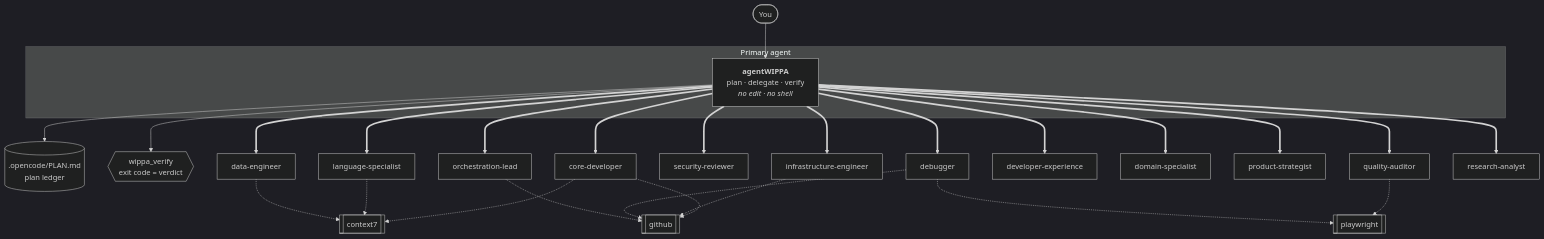
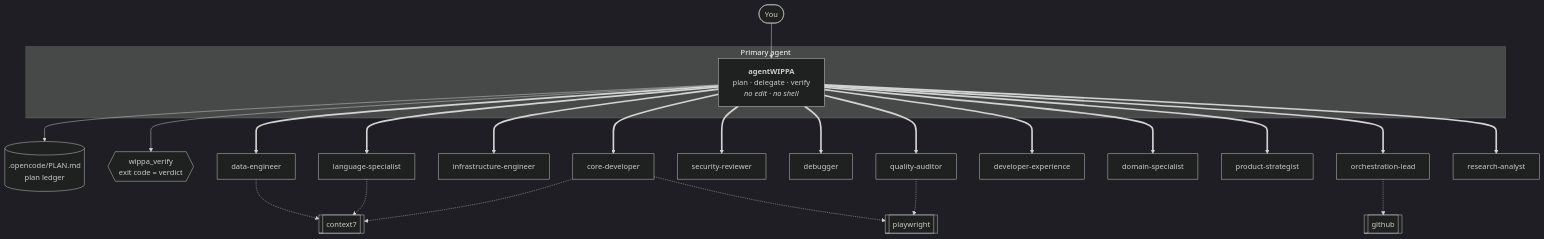
One commit to wippa-studios/wippaAGENT changed the first of 2 diagrams in README.md. Above: the diagram before and after it, drawn with Mermaid (dark theme). The commit also changed other lines of this file and 24 other files, not shown here.

````diff
--- a/README.md
+++ b/README.md
@@ -89,28 +89,28 @@
 ```mermaid
 flowchart TB
     U([You]) --> O
 
     subgraph ORCH [" Primary agent "]
         O["<b>agentWIPPA</b><br/>plan · delegate · verify<br/><i>no edit · no shell</i>"]
     end
 
     O --> L[(".opencode/PLAN.md<br/>plan ledger")]
     O --> V{{"wippa_verify<br/>exit code = verdict"}}
 
     O ==> S1[core-developer]
     O ==> S2[language-specialist]
     O ==> S3[infrastructure-engineer]
     O ==> S4[quality-auditor]
     O ==> S5[security-reviewer]
     O ==> S6[debugger]
     O ==> S7[data-engineer]
     O ==> S8[developer-experience]
     O ==> S9[domain-specialist]
     O ==> S10[product-strategist]
     O ==> S11[orchestration-lead]
     O ==> S12[research-analyst]
 
-    S1 & S3 & S6 & S11 -.-> M1[["github"]]
+    S11 -.-> M1[["github"]]
     S1 & S2 & S7 -.-> M2[["context7"]]
-    S4 & S6 -.-> M3[["playwright"]]
+    S4 & S1 -.-> M3[["playwright"]]
 ```
````
